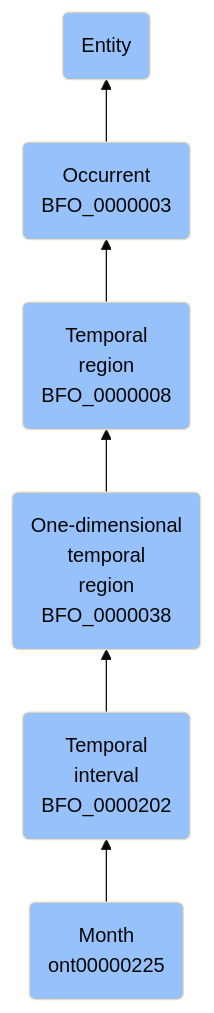
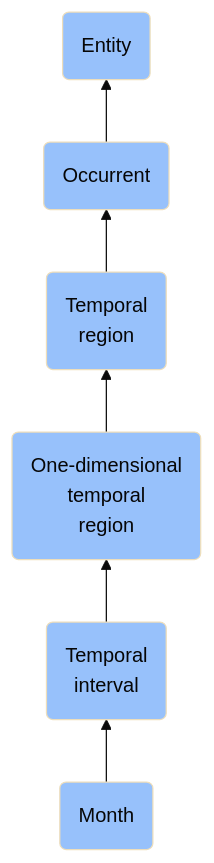
The diagram in docs/ontology/reference/model/Entity/Occurrent/Temporal region/One-dimensional temporal region/Temporal interval/Month/Month.md (jupyter-naas/abi), drawn with Mermaid (base theme) before and after one commit. The commit also changed other lines of this file and 1430 other files, not shown here.

````diff
--- a/docs/ontology/reference/model/Entity/Occurrent/Temporal region/One-dimensional temporal region/Temporal interval/Month/Month.md
+++ b/docs/ontology/reference/model/Entity/Occurrent/Temporal region/One-dimensional temporal region/Temporal interval/Month/Month.md
@@ -24,13 +24,13 @@
 ```mermaid
 graph BT
-    ont00000225(Month<br>ont00000225):::BFO-->BFO_0000202
-    BFO_0000202(Temporal<br>interval<br>BFO_0000202):::BFO-->BFO_0000038
-    BFO_0000038(One-dimensional<br>temporal<br>region<br>BFO_0000038):::BFO-->BFO_0000008
-    BFO_0000008(Temporal<br>region<br>BFO_0000008):::BFO-->BFO_0000003
-    BFO_0000003(Occurrent<br>BFO_0000003):::BFO-->BFO_0000001
+    ont00000225(Month):::BFO-->BFO_0000202
+    BFO_0000202(Temporal<br>interval):::BFO-->BFO_0000038
+    BFO_0000038(One-dimensional<br>temporal<br>region):::BFO-->BFO_0000008
+    BFO_0000008(Temporal<br>region):::BFO-->BFO_0000003
+    BFO_0000003(Occurrent):::BFO-->BFO_0000001
     BFO_0000001(Entity):::BFO
     
     classDef BFO fill:#97c1fb,color:#060606
     classDef CCO fill:#e4c51e,color:#060606
     classDef ABI fill:#48DD82,color:#060606
 ```
````
